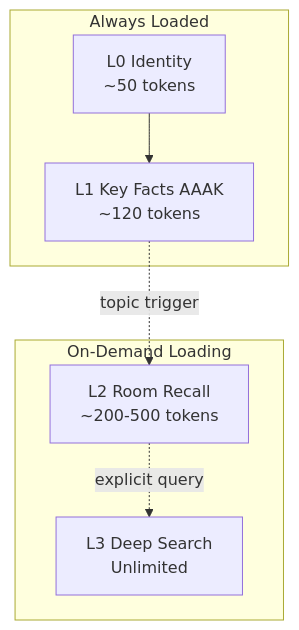
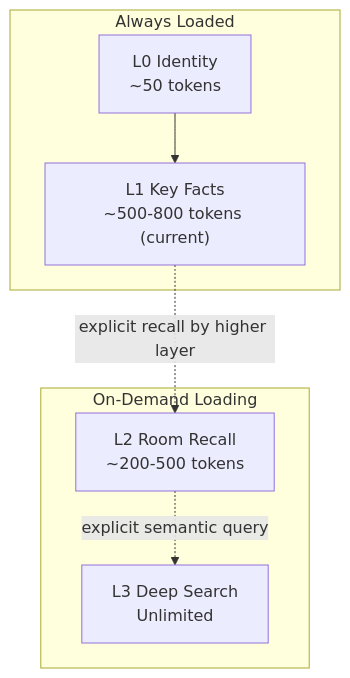
Before and after one commit to ZhangHanDong/mempalace-book: the diagram in book-en/src/ch14-memory-layers.md, drawn with Mermaid. The commit also changed other lines of this file and 69 other files, not shown here.

````diff
--- a/book-en/src/ch14-memory-layers.md
+++ b/book-en/src/ch14-memory-layers.md
@@ -44,14 +44,14 @@
 ```mermaid
 graph TB
     subgraph "Always Loaded"
         L0["L0 Identity<br/>~50 tokens"]
-        L1["L1 Key Facts AAAK<br/>~120 tokens"]
+        L1["L1 Key Facts<br/>~500-800 tokens (current)"]
     end
     subgraph "On-Demand Loading"
         L2["L2 Room Recall<br/>~200-500 tokens"]
         L3["L3 Deep Search<br/>Unlimited"]
     end
     L0 --> L1
-    L1 -.->|topic trigger| L2
-    L2 -.->|explicit query| L3
+    L1 -.->|explicit recall by higher layer| L2
+    L2 -.->|explicit semantic query| L3
 ```
````
